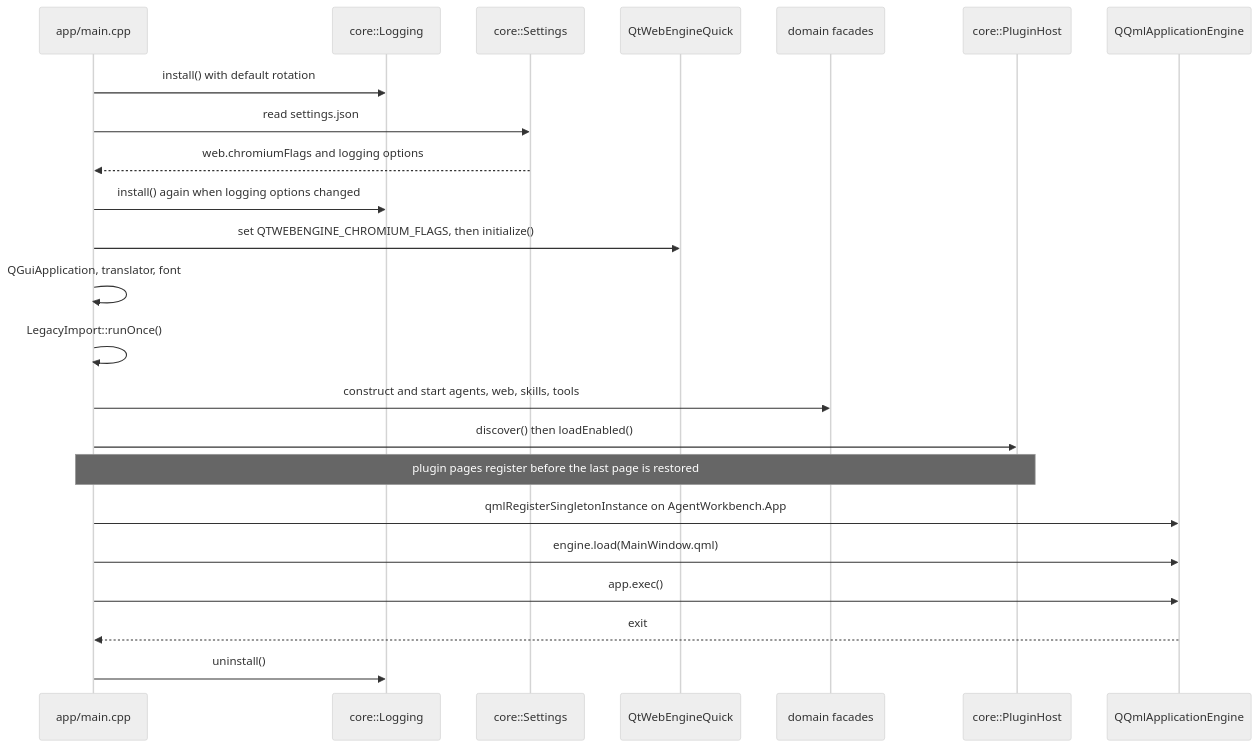
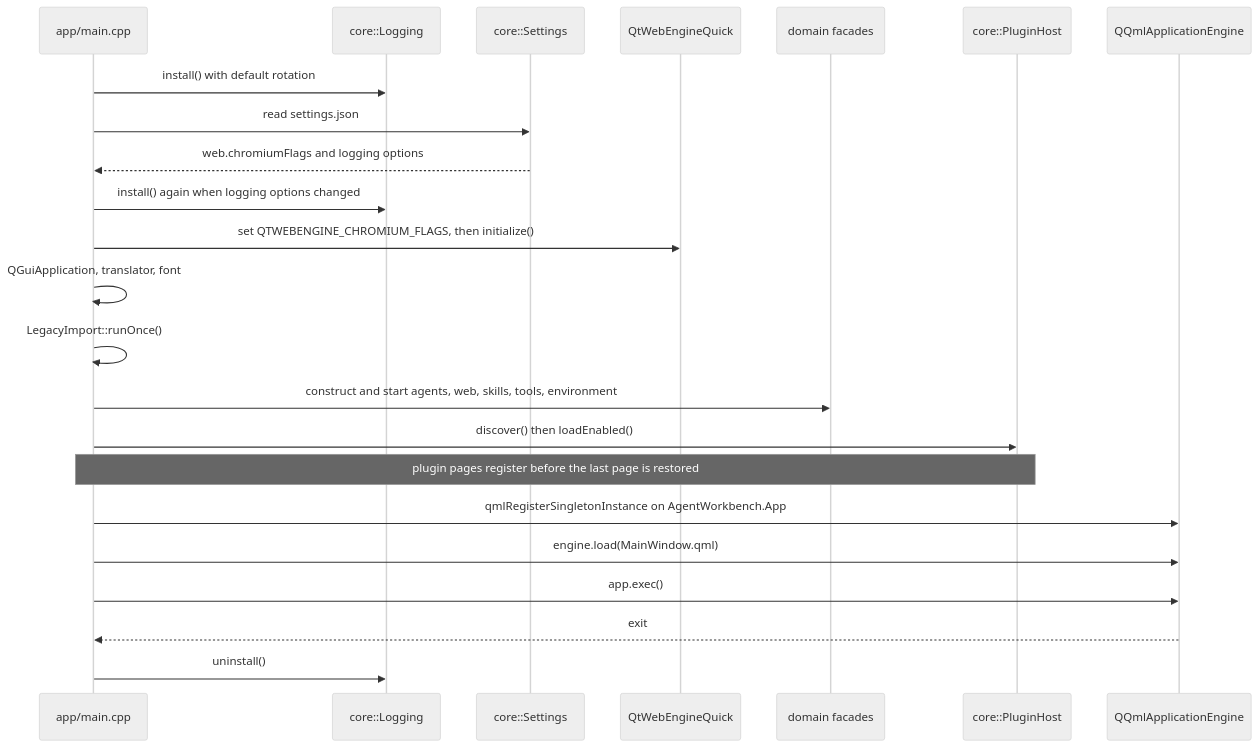
One commit to czyt1988/AgentWorkbench changed the diagram in docs/architecture/state-and-persistence.md. Above: the diagram before and after it, drawn with Mermaid (neutral theme). The commit also changed other lines of this file and 16 other files, not shown here.

````diff
--- a/docs/architecture/state-and-persistence.md
+++ b/docs/architecture/state-and-persistence.md
@@ -146,26 +147,26 @@
 ```mermaid
 sequenceDiagram
     participant main as app/main.cpp
     participant log as core::Logging
     participant set as core::Settings
     participant wb as QtWebEngineQuick
     participant dom as domain facades
     participant plug as core::PluginHost
     participant qml as QQmlApplicationEngine
 
     main->>log: install() with default rotation
     main->>set: read settings.json
     set-->>main: web.chromiumFlags and logging options
     main->>log: install() again when logging options changed
     main->>wb: set QTWEBENGINE_CHROMIUM_FLAGS, then initialize()
     main->>main: QGuiApplication, translator, font
     main->>main: LegacyImport::runOnce()
-    main->>dom: construct and start agents, web, skills, tools
+    main->>dom: construct and start agents, web, skills, tools, environment
     main->>plug: discover() then loadEnabled()
     note over main,plug: plugin pages register before the last page is restored
     main->>qml: qmlRegisterSingletonInstance on AgentWorkbench.App
     main->>qml: engine.load(MainWindow.qml)
     main->>qml: app.exec()
     qml-->>main: exit
     main->>log: uninstall()
 ```
````
